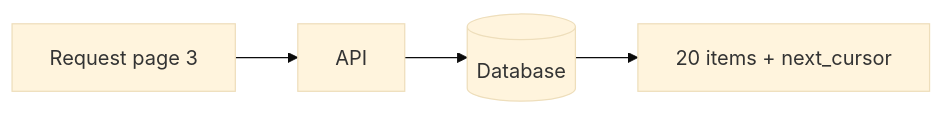
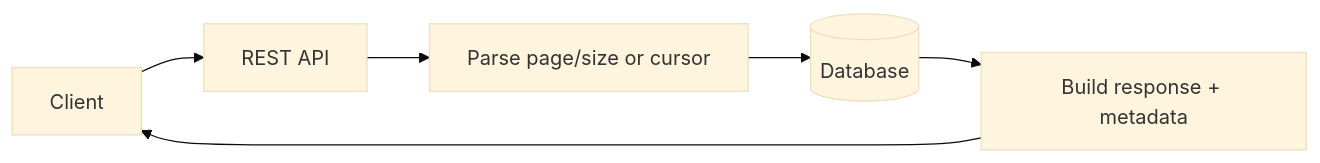
One commit to hareramcse/SystemDesign changed diagram 17 of 33 in 07-api-design/README.md. Above: the diagram before and after it, drawn with Mermaid (base theme). The commit also changed other lines of this file, not shown here.

````diff
--- a/07-api-design/README.md
+++ b/07-api-design/README.md
@@ -845,6 +1795,8 @@
 ```mermaid
 flowchart LR
-    Req[Request page 3] --> API
-    API --> DB[(Database)]
-    DB --> Page[20 items + next_cursor]
+    C[Client] --> API[REST API]
+    API --> Q[Parse page/size or cursor]
+    Q --> DB[(Database)]
+    DB --> R[Build response + metadata]
+    R --> C
 ```
````
